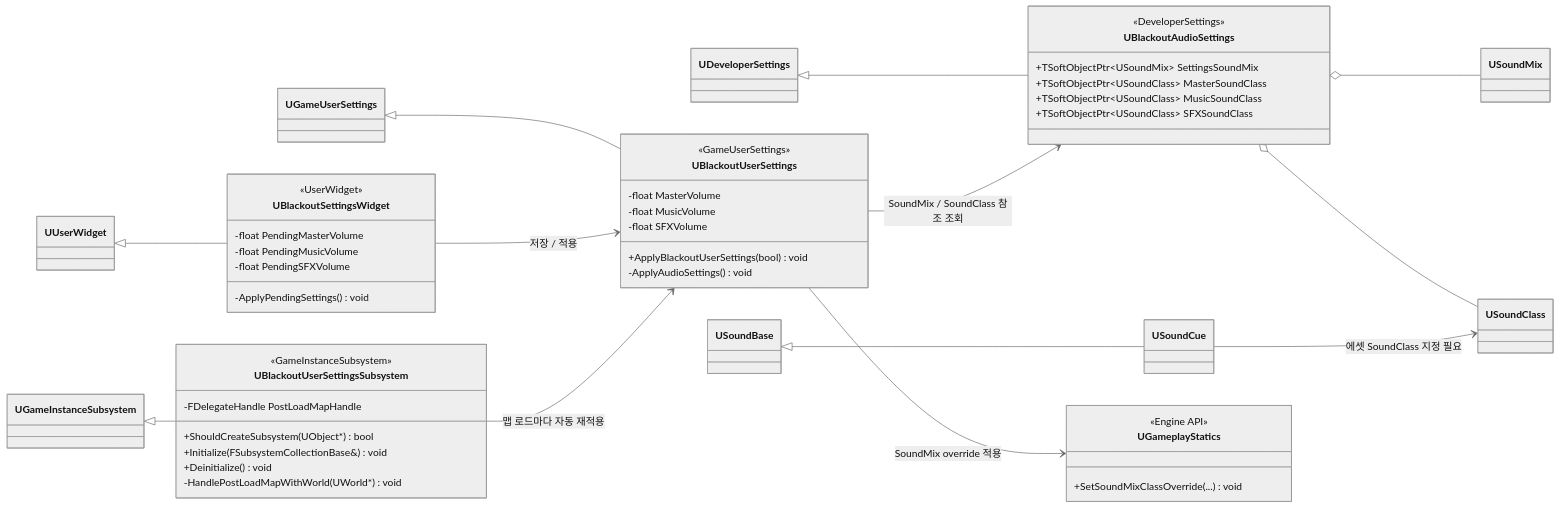
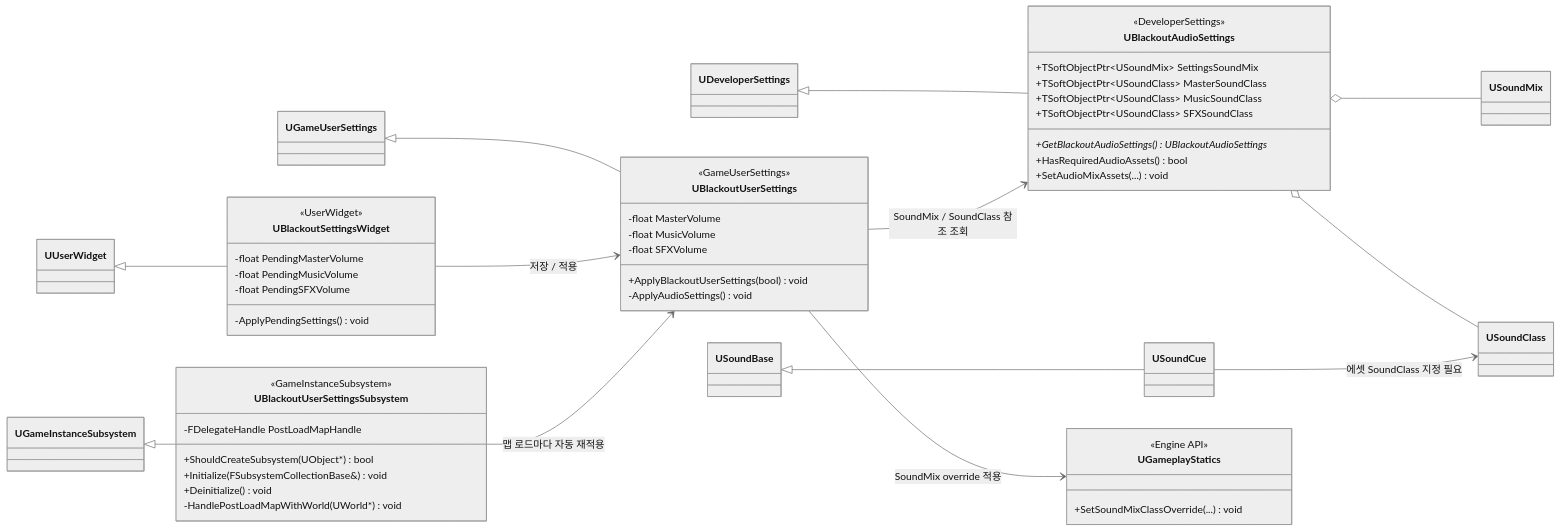
One commit to seongwon1579/ProjectBlackout changed diagram 15 of 15 in Docs/Project_Blackout_클래스다이어그램.md. Above: the diagram before and after it, drawn with Mermaid (neutral theme). The commit also changed 6 other files, not shown here.

````diff
--- a/Docs/Project_Blackout_클래스다이어그램.md
+++ b/Docs/Project_Blackout_클래스다이어그램.md
@@ -766,57 +766,60 @@
 ```mermaid
 classDiagram
     direction LR
 
     UGameUserSettings <|-- UBlackoutUserSettings
     UDeveloperSettings <|-- UBlackoutAudioSettings
     UGameInstanceSubsystem <|-- UBlackoutUserSettingsSubsystem
     UUserWidget <|-- UBlackoutSettingsWidget
     USoundBase <|-- USoundCue
 
     class UBlackoutSettingsWidget {
         <<UserWidget>>
         -float PendingMasterVolume
         -float PendingMusicVolume
         -float PendingSFXVolume
         -ApplyPendingSettings() void
     }
 
     class UBlackoutUserSettingsSubsystem {
         <<GameInstanceSubsystem>>
         -FDelegateHandle PostLoadMapHandle
         +ShouldCreateSubsystem(UObject*) bool
         +Initialize(FSubsystemCollectionBase&) void
         +Deinitialize() void
         -HandlePostLoadMapWithWorld(UWorld*) void
     }
 
     class UBlackoutUserSettings {
         <<GameUserSettings>>
         -float MasterVolume
         -float MusicVolume
         -float SFXVolume
         +ApplyBlackoutUserSettings(bool) void
         -ApplyAudioSettings() void
     }
 
     class UBlackoutAudioSettings {
         <<DeveloperSettings>>
         +TSoftObjectPtr~USoundMix~ SettingsSoundMix
         +TSoftObjectPtr~USoundClass~ MasterSoundClass
         +TSoftObjectPtr~USoundClass~ MusicSoundClass
         +TSoftObjectPtr~USoundClass~ SFXSoundClass
+        +GetBlackoutAudioSettings() UBlackoutAudioSettings*
+        +HasRequiredAudioAssets() bool
+        +SetAudioMixAssets(...) void
     }
 
     class UGameplayStatics {
         <<Engine API>>
         +SetSoundMixClassOverride(...) void
     }
 
     UBlackoutSettingsWidget --> UBlackoutUserSettings : 저장 / 적용
     UBlackoutUserSettingsSubsystem --> UBlackoutUserSettings : 맵 로드마다 자동 재적용
     UBlackoutUserSettings --> UBlackoutAudioSettings : SoundMix / SoundClass 참조 조회
     UBlackoutUserSettings --> UGameplayStatics : SoundMix override 적용
     UBlackoutAudioSettings o-- USoundMix
     UBlackoutAudioSettings o-- USoundClass
     USoundCue --> USoundClass : 에셋 SoundClass 지정 필요
 ```
````
